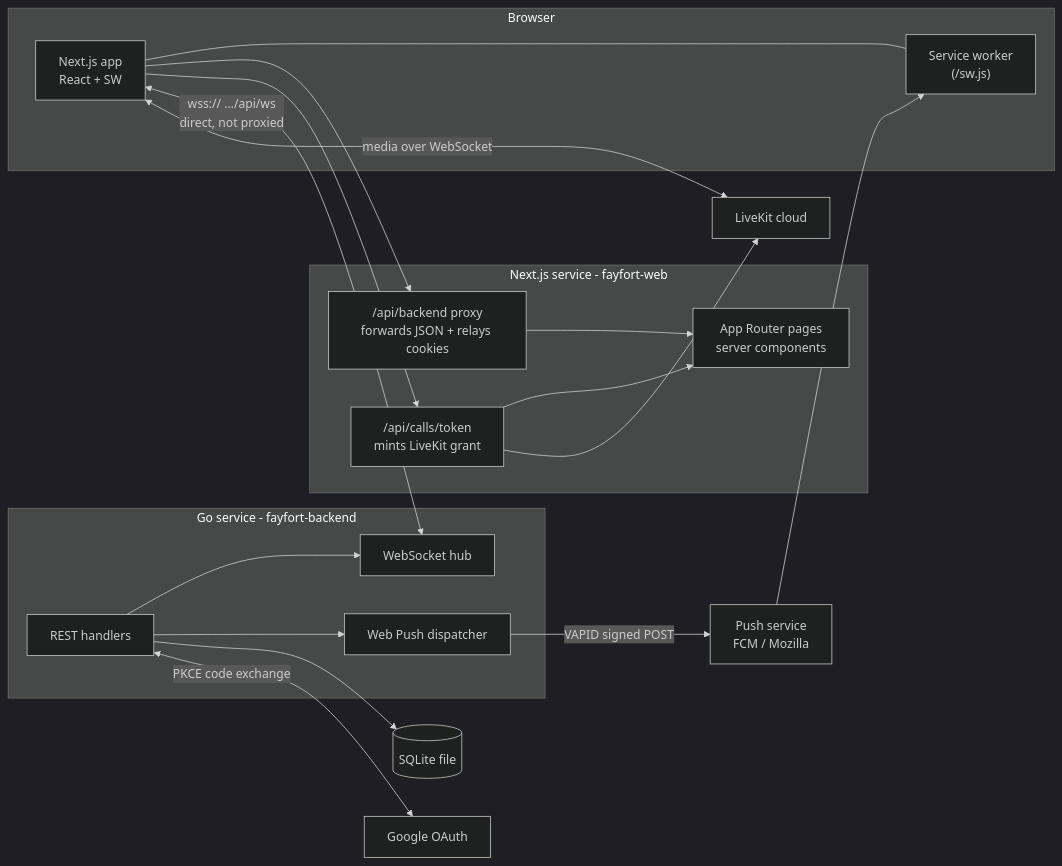
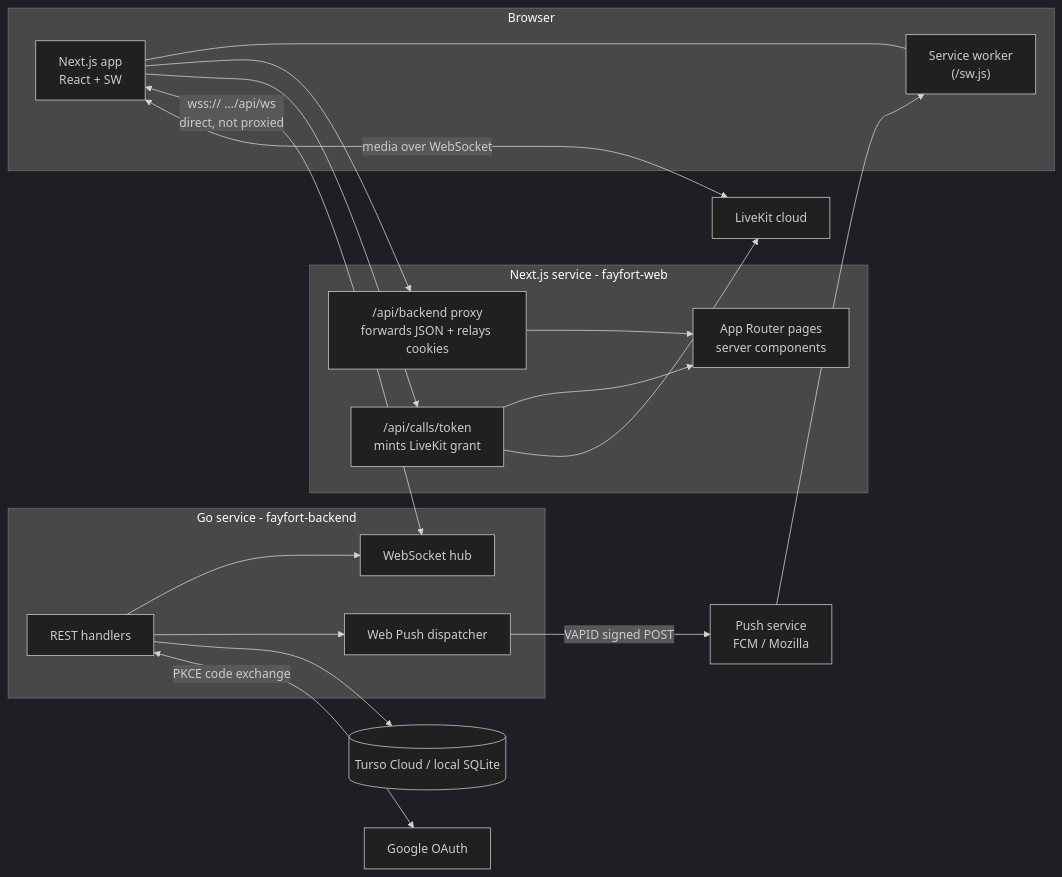
One commit to divineshedrack33220/fayfort changed the second of 11 diagrams in README.md. Above: the diagram before and after it, drawn with Mermaid (dark theme). The commit also changed other lines of this file and 11 other files, not shown here.

First line of the commit message:
Persist data in Turso Cloud and add explicit demo-data controls

````diff
--- a/README.md
+++ b/README.md
@@ -135,39 +135,39 @@
 ```mermaid
 flowchart LR
     subgraph Browser
         UI[Next.js app<br/>React + SW]
         SW["Service worker<br/>(/sw.js)"]
         UI --- SW
     end
 
     subgraph Frontend[Next.js service - fayfort-web]
         PAGES[App Router pages<br/>server components]
         PROXY["/api/backend proxy<br/>forwards JSON + relays cookies"]
         CALLTOKEN["/api/calls/token<br/>mints LiveKit grant"]
         PROXY --> PAGES
         CALLTOKEN --> PAGES
     end
 
     subgraph Backend[Go service - fayfort-backend]
         API[REST handlers]
         HUB[WebSocket hub]
         PUSH[Web Push dispatcher]
         API --> HUB
         API --> PUSH
     end
 
-    DB[(SQLite file)]
+    DB[(Turso Cloud / local SQLite)]
     LK[LiveKit cloud]
     GOOGLE[Google OAuth]
     PUSHSVC[Push service<br/>FCM / Mozilla]
 
     UI --> PROXY
     UI --> CALLTOKEN
     UI <-->|wss:// …/api/ws<br/>direct, not proxied| HUB
     API --> DB
     CALLTOKEN --> LK
     UI <-->|media over WebSocket| LK
     API <-->|PKCE code exchange| GOOGLE
     PUSH -->|VAPID signed POST| PUSHSVC
     PUSHSVC --> SW
 ```
````
